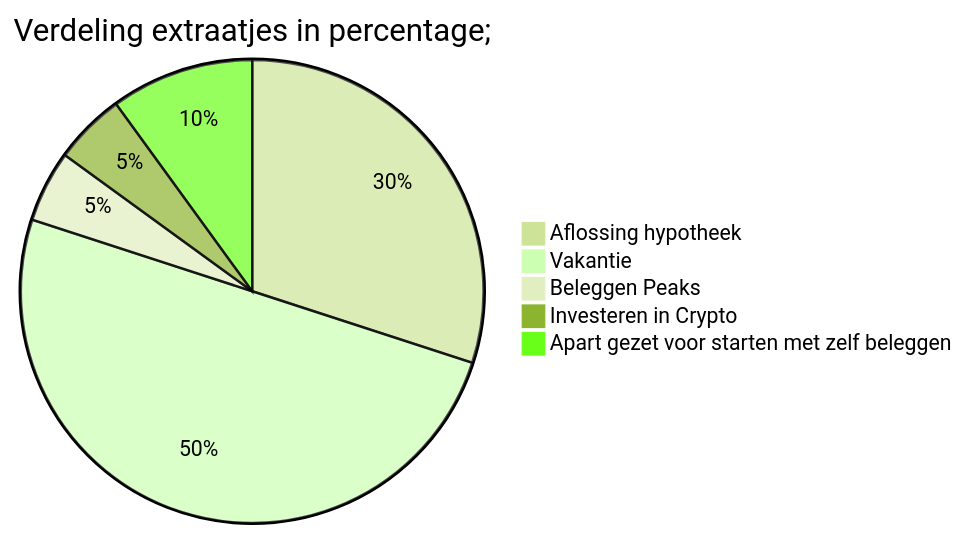
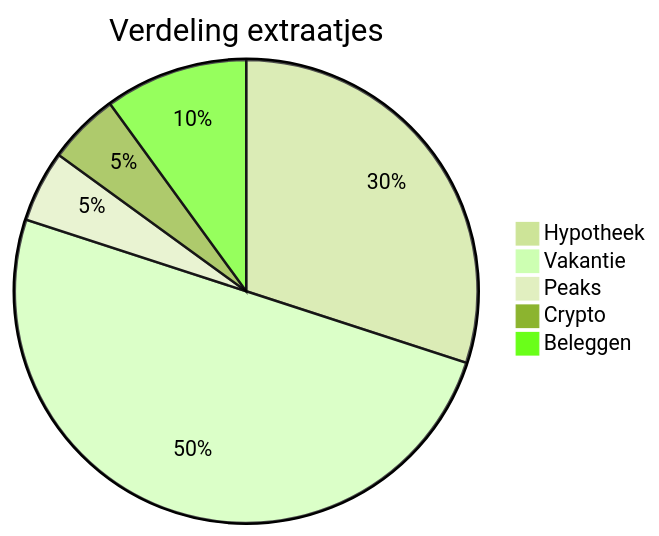
One commit to financienenzo/financienenzo.github.io changed the diagram in _posts/2021-05-22-wat-doe-jij-met-de-extraatjes.md. Above: the diagram before and after it, drawn with Mermaid (forest theme).

```diff
--- a/_posts/2021-05-22-wat-doe-jij-met-de-extraatjes.md
+++ b/_posts/2021-05-22-wat-doe-jij-met-de-extraatjes.md
@@ -42,9 +42,9 @@
 <div class="mermaid">
 pie 
-title Verdeling extraatjes in percentage;
-    "Aflossing hypotheek" : 30
+title Verdeling extraatjes
+    "Hypotheek" : 30
     "Vakantie" : 50
-    "Beleggen Peaks" : 5
-    "Investeren in Crypto" : 5
-    "Apart gezet voor starten met zelf beleggen" : 10
+    "Peaks" : 5
+    "Crypto" : 5
+    "Beleggen" : 10
 </div>
```
